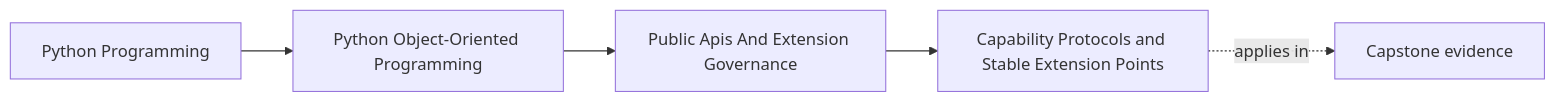
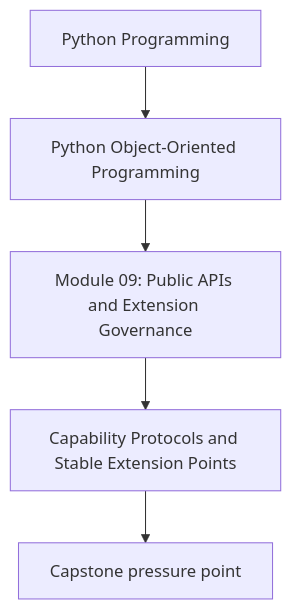
The first of 2 diagrams in programs/python-programming/python-object-oriented-programming/course-book/module-09-public-apis-and-extension-governance/capability-protocols-and-stable-extension-points.md (bijux/bijux-masterclass), drawn with Mermaid before and after one commit. The commit also changed other lines of this file and 107 other files, not shown here.

Commit message:
docs(python-object-oriented-programming): align concept page diagrams

````diff
--- a/programs/python-programming/python-object-oriented-programming/course-book/module-09-public-apis-and-extension-governance/capability-protocols-and-stable-extension-points.md
+++ b/programs/python-programming/python-object-oriented-programming/course-book/module-09-public-apis-and-extension-governance/capability-protocols-and-stable-extension-points.md
@@ -7,11 +7,7 @@
 ```mermaid
-graph LR
-  family["Python Programming"]
-  program["Python Object-Oriented Programming"]
-  section["Public Apis And Extension Governance"]
-  page["Capability Protocols and Stable Extension Points"]
-  capstone["Capstone evidence"]
-
-  family --> program --> section --> page
-  page -.applies in.-> capstone
+flowchart TD
+  family["Python Programming"] --> program["Python Object-Oriented Programming"]
+  program --> module["Module 09: Public APIs and Extension Governance"]
+  module --> concept["Capability Protocols and Stable Extension Points"]
+  concept --> capstone["Capstone pressure point"]
 ```
````
